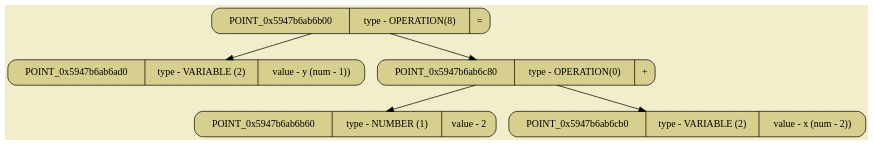
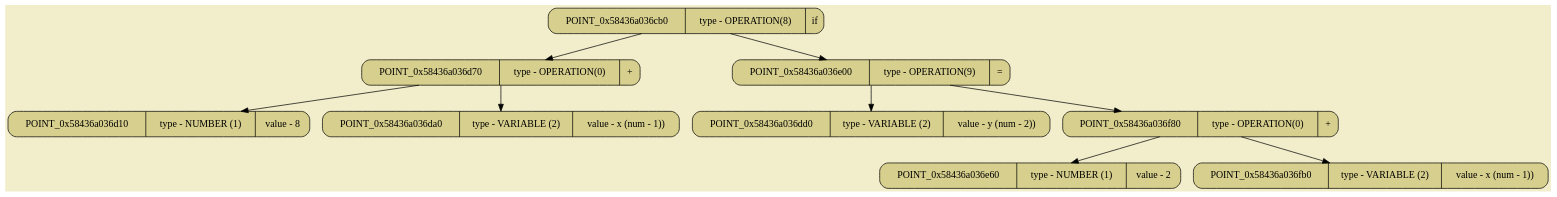
One commit to SashaKhaytina/Language changed the diagram in all_dumps/pictures/image02.dot. Above: the diagram before and after it, drawn with Graphviz. The commit also changed 10 other files, not shown here.

```diff
--- a/all_dumps/pictures/image02.dot
+++ b/all_dumps/pictures/image02.dot
@@ -1,14 +1,22 @@
 digraph
 {
 bgcolor="#F2EECB";
 rankdir = TB;
-POINT_0x5947b6ab6b00[shape=Mrecord, label = "POINT_0x5947b6ab6b00 | type - OPERATION(8) | =", style="filled",fillcolor="#D7CF8D"]
-POINT_0x5947b6ab6ad0[shape=Mrecord, label = "POINT_0x5947b6ab6ad0 | type - VARIABLE (2) | value - y (num - 1))", style="filled",fillcolor="#D7CF8D"]
-POINT_0x5947b6ab6c80[shape=Mrecord, label = "POINT_0x5947b6ab6c80 | type - OPERATION(0) | +", style="filled",fillcolor="#D7CF8D"]
-POINT_0x5947b6ab6b60[shape=Mrecord, label = "POINT_0x5947b6ab6b60 | type - NUMBER (1) | value - 2", style="filled",fillcolor="#D7CF8D"]
-POINT_0x5947b6ab6cb0[shape=Mrecord, label = "POINT_0x5947b6ab6cb0 | type - VARIABLE (2) | value - x (num - 2))", style="filled",fillcolor="#D7CF8D"]
-POINT_0x5947b6ab6b00 -> POINT_0x5947b6ab6ad0
-POINT_0x5947b6ab6b00 -> POINT_0x5947b6ab6c80
-POINT_0x5947b6ab6c80 -> POINT_0x5947b6ab6b60
-POINT_0x5947b6ab6c80 -> POINT_0x5947b6ab6cb0
+POINT_0x58436a036cb0[shape=Mrecord, label = "POINT_0x58436a036cb0 | type - OPERATION(8) | if", style="filled",fillcolor="#D7CF8D"]
+POINT_0x58436a036d70[shape=Mrecord, label = "POINT_0x58436a036d70 | type - OPERATION(0) | +", style="filled",fillcolor="#D7CF8D"]
+POINT_0x58436a036d10[shape=Mrecord, label = "POINT_0x58436a036d10 | type - NUMBER (1) | value - 8", style="filled",fillcolor="#D7CF8D"]
+POINT_0x58436a036da0[shape=Mrecord, label = "POINT_0x58436a036da0 | type - VARIABLE (2) | value - x (num - 1))", style="filled",fillcolor="#D7CF8D"]
+POINT_0x58436a036e00[shape=Mrecord, label = "POINT_0x58436a036e00 | type - OPERATION(9) | =", style="filled",fillcolor="#D7CF8D"]
+POINT_0x58436a036dd0[shape=Mrecord, label = "POINT_0x58436a036dd0 | type - VARIABLE (2) | value - y (num - 2))", style="filled",fillcolor="#D7CF8D"]
+POINT_0x58436a036f80[shape=Mrecord, label = "POINT_0x58436a036f80 | type - OPERATION(0) | +", style="filled",fillcolor="#D7CF8D"]
+POINT_0x58436a036e60[shape=Mrecord, label = "POINT_0x58436a036e60 | type - NUMBER (1) | value - 2", style="filled",fillcolor="#D7CF8D"]
+POINT_0x58436a036fb0[shape=Mrecord, label = "POINT_0x58436a036fb0 | type - VARIABLE (2) | value - x (num - 1))", style="filled",fillcolor="#D7CF8D"]
+POINT_0x58436a036cb0 -> POINT_0x58436a036d70
+POINT_0x58436a036cb0 -> POINT_0x58436a036e00
+POINT_0x58436a036d70 -> POINT_0x58436a036d10
+POINT_0x58436a036d70 -> POINT_0x58436a036da0
+POINT_0x58436a036e00 -> POINT_0x58436a036dd0
+POINT_0x58436a036e00 -> POINT_0x58436a036f80
+POINT_0x58436a036f80 -> POINT_0x58436a036e60
+POINT_0x58436a036f80 -> POINT_0x58436a036fb0
 }
```
